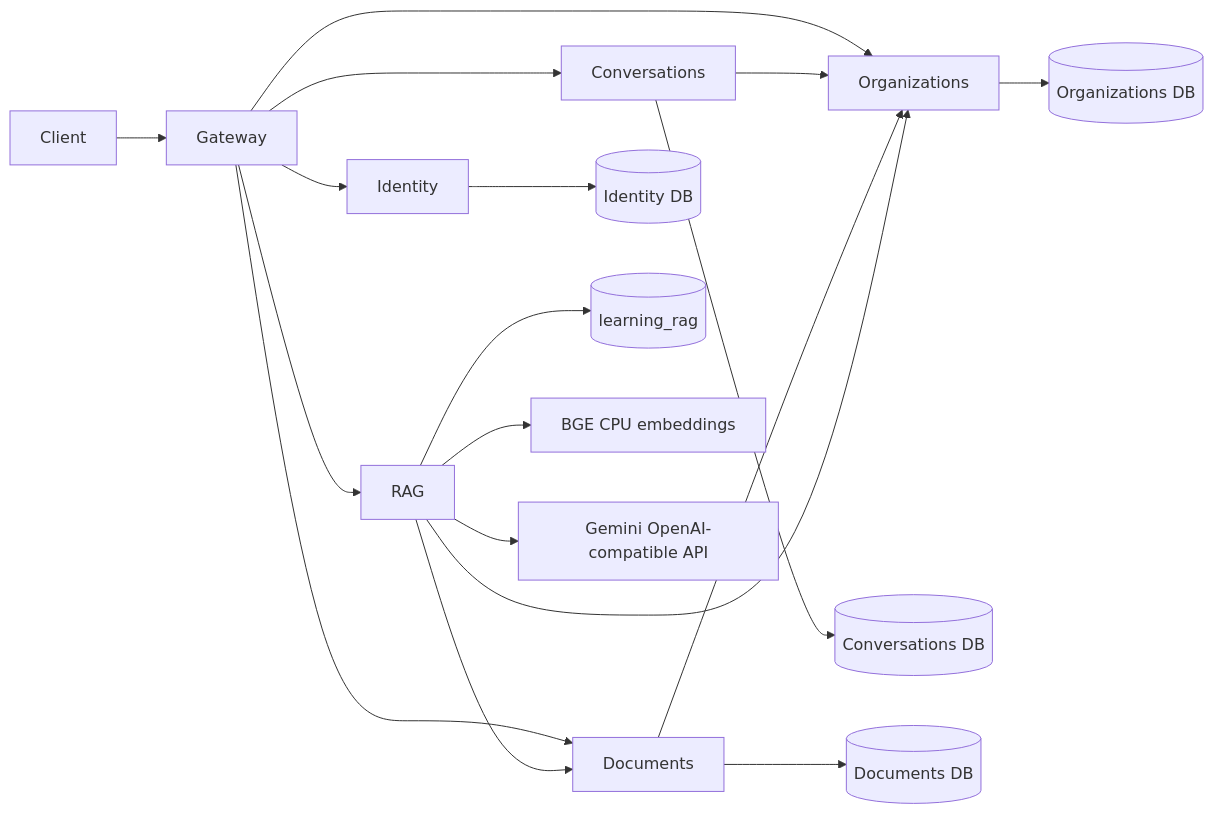
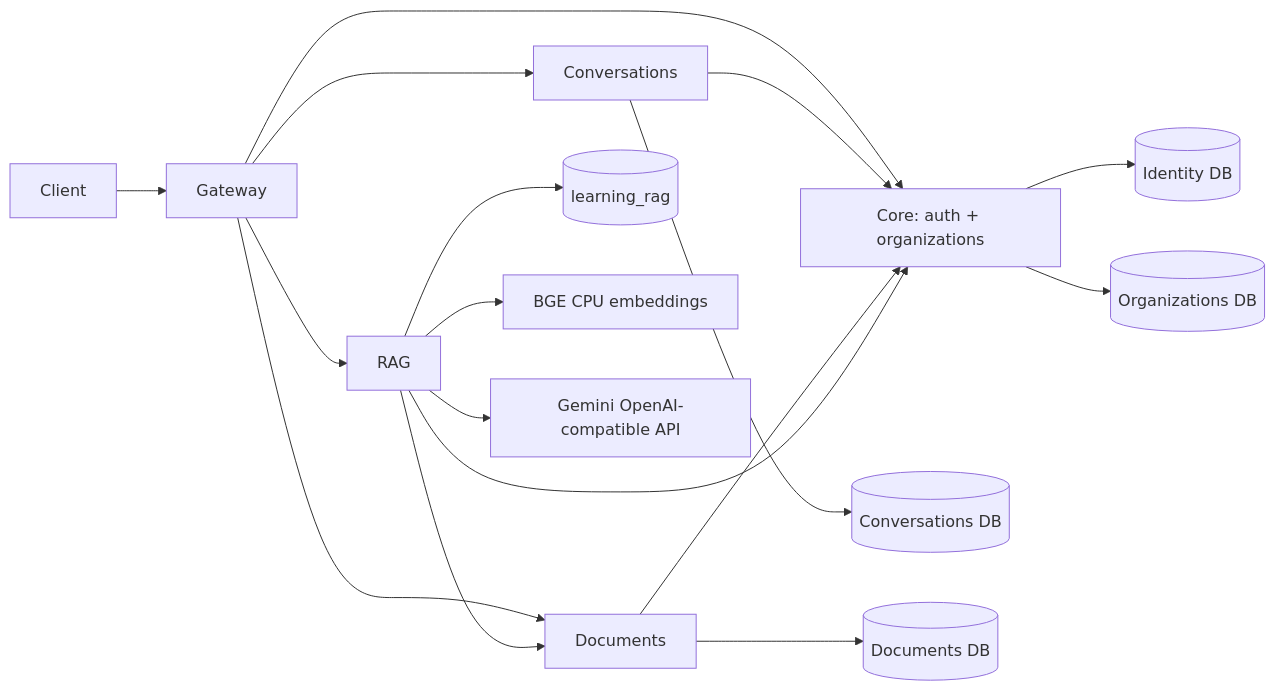
Before and after one commit to Ankit-Silwal/AI-customer-operation-Cloud: the diagram in docs/microservices.md, drawn with Mermaid. The commit also changed other lines of this file and 18 other files, not shown here.

Commit message:
Host auth and organizations in core with dedicated conversation and document servers

````diff
--- a/docs/microservices.md
+++ b/docs/microservices.md
@@ -7,20 +7,19 @@
 ```mermaid
 flowchart LR
   Client --> Gateway
-  Gateway --> Identity
-  Gateway --> Organizations
+  Gateway --> Core[Core: auth + organizations]
   Gateway --> Conversations
   Gateway --> Documents
   Gateway --> RAG
-  Identity --> IdentityDB[(Identity DB)]
-  Organizations --> OrganizationsDB[(Organizations DB)]
+  Core --> IdentityDB[(Identity DB)]
+  Core --> OrganizationsDB[(Organizations DB)]
   Conversations --> ConversationsDB[(Conversations DB)]
   Documents --> DocumentsDB[(Documents DB)]
-  Conversations --> Organizations
-  Documents --> Organizations
-  RAG --> Organizations
+  Conversations --> Core
+  Documents --> Core
+  RAG --> Core
   RAG --> Documents
   RAG --> Qdrant[(learning_rag)]
   RAG --> BGE[BGE CPU embeddings]
   RAG --> Gemini[Gemini OpenAI-compatible API]
 ```
````
